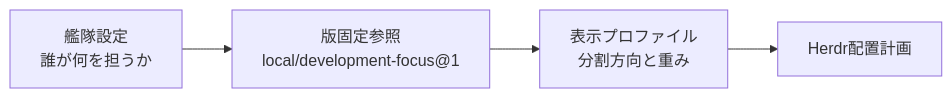
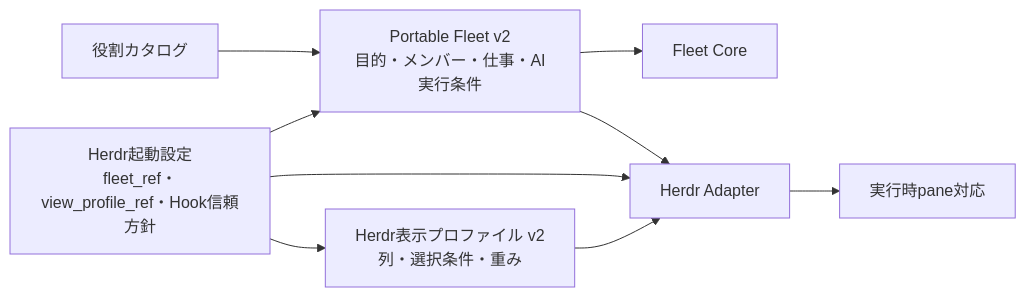
Before and after one commit to nakamori-naoya/agent-fleet-plugins: the tenth of 13 diagrams in docs/2026-08-31-エージェント艦隊-連携と全体制御.md, drawn with Mermaid. The commit also changed other lines of this file and 38 other files, not shown here.

````diff
--- a/docs/2026-08-31-エージェント艦隊-連携と全体制御.md
+++ b/docs/2026-08-31-エージェント艦隊-連携と全体制御.md
@@ -516,10 +518,11 @@
 ```mermaid
 flowchart LR
-    F["艦隊設定<br/>誰が何を担うか"]
-    R["版固定参照<br/>local/development-focus@1"]
-    V["表示プロファイル<br/>分割方向と重み"]
-    P["Herdr配置計画"]
-    F --> R
-    R --> V
-    V --> P
+    R["役割カタログ"] --> F["Portable Fleet v2<br/>目的・メンバー・仕事・AI実行条件"]
+    L["Herdr起動設定<br/>fleet_ref・view_profile_ref・Hook信頼方針"] --> F
+    L --> V["Herdr表示プロファイル v2<br/>列・選択条件・重み"]
+    F --> C["Fleet Core"]
+    F --> A["Herdr Adapter"]
+    L --> A
+    V --> A
+    A --> P["実行時pane対応"]
 ```
````
